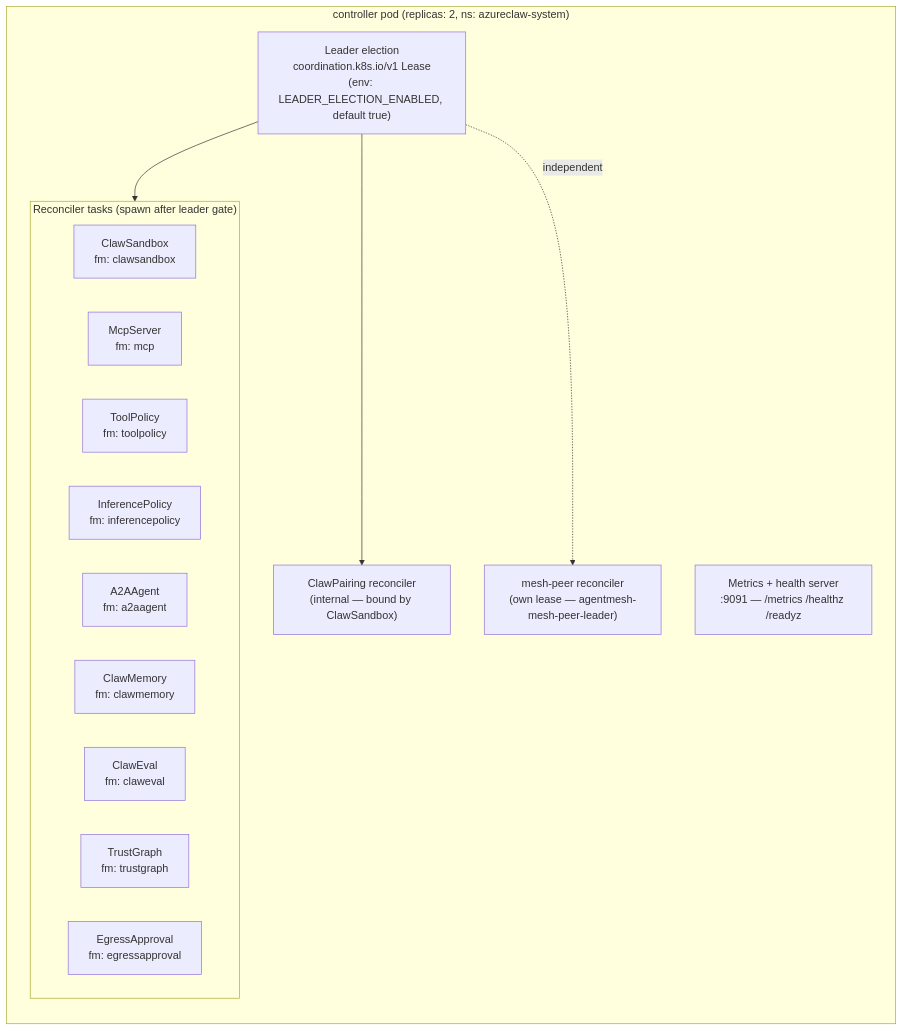
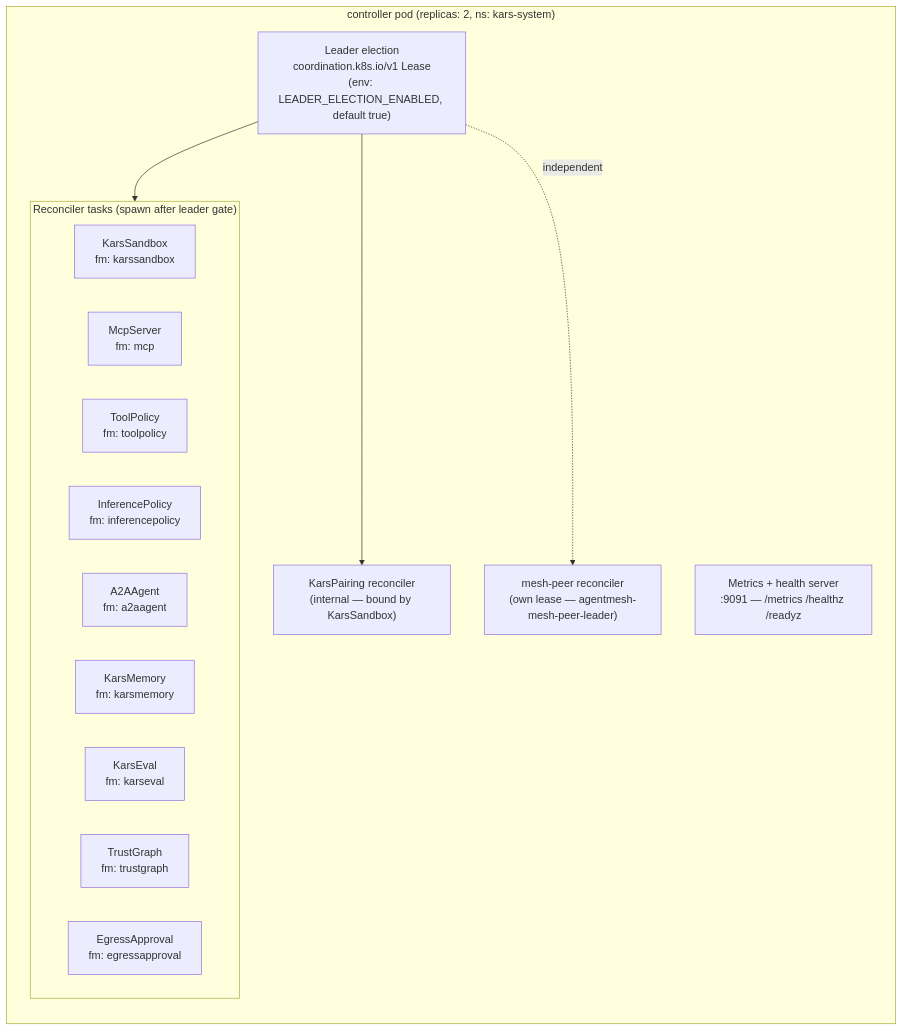
The second of 7 diagrams in docs/api/lifecycle.md (lachie83/kars), drawn with Mermaid before and after one commit. The commit also changed other lines of this file and 694 other files, not shown here.

````diff
--- a/docs/api/lifecycle.md
+++ b/docs/api/lifecycle.md
@@ -64,25 +64,25 @@
 ```mermaid
 graph TD
-  subgraph operator["controller pod (replicas: 2, ns: azureclaw-system)"]
+  subgraph operator["controller pod (replicas: 2, ns: kars-system)"]
     direction TB
     LE["Leader election<br/>coordination.k8s.io/v1 Lease<br/>(env: LEADER_ELECTION_ENABLED, default true)"]
     subgraph reconcilers["Reconciler tasks (spawn after leader gate)"]
       direction LR
-      R1["ClawSandbox<br/>fm: clawsandbox"]
+      R1["KarsSandbox<br/>fm: karssandbox"]
       R2["McpServer<br/>fm: mcp"]
       R3["ToolPolicy<br/>fm: toolpolicy"]
       R4["InferencePolicy<br/>fm: inferencepolicy"]
       R5["A2AAgent<br/>fm: a2aagent"]
-      R6["ClawMemory<br/>fm: clawmemory"]
-      R7["ClawEval<br/>fm: claweval"]
+      R6["KarsMemory<br/>fm: karsmemory"]
+      R7["KarsEval<br/>fm: karseval"]
       R8["TrustGraph<br/>fm: trustgraph"]
       R9["EgressApproval<br/>fm: egressapproval"]
     end
-    R10["ClawPairing reconciler<br/>(internal — bound by ClawSandbox)"]
+    R10["KarsPairing reconciler<br/>(internal — bound by KarsSandbox)"]
     MESH["mesh-peer reconciler<br/>(own lease — agentmesh-mesh-peer-leader)"]
     METR["Metrics + health server<br/>:9091 — /metrics /healthz /readyz"]
   end
   LE --> reconcilers
   LE --> R10
   LE -.->|independent| MESH
 ```
````
